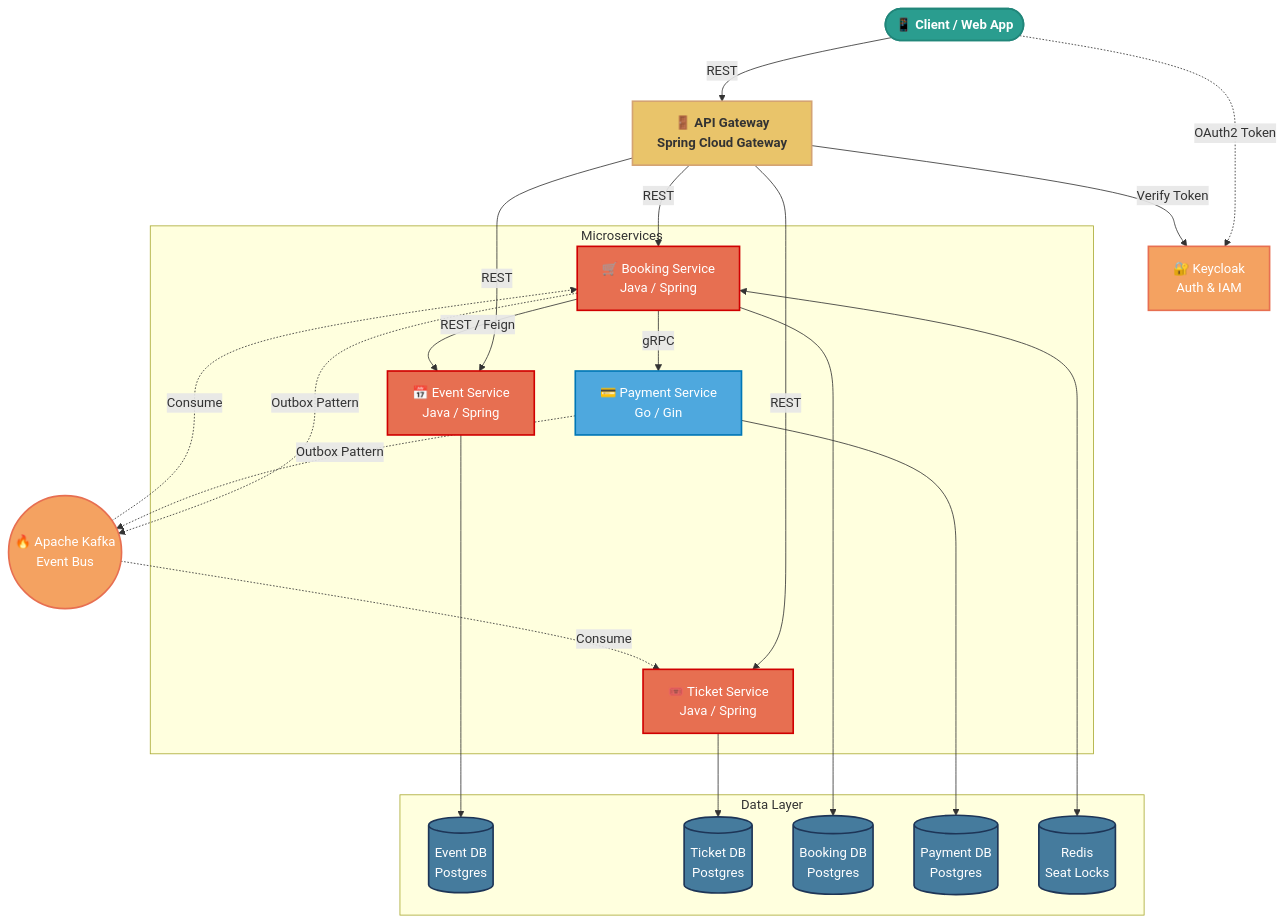
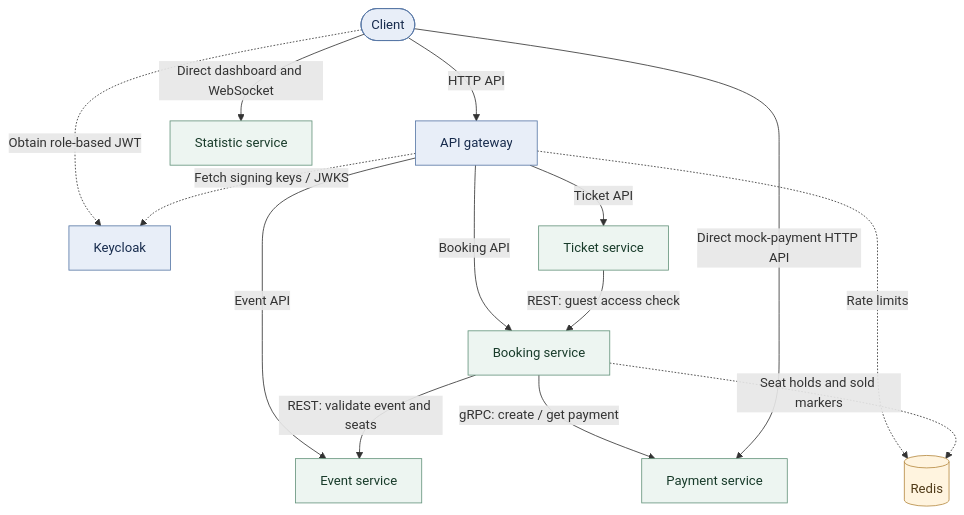
The first of 2 diagrams in docs/architecture.md (nurassul/tickethub-platform), drawn with Mermaid before and after one commit. The commit also changed other lines of this file and 2 other files, not shown here.

````diff
--- a/docs/architecture.md
+++ b/docs/architecture.md
@@ -5,57 +34,33 @@
 ```mermaid
-graph TD
-    %% Define Styles
-    classDef client fill:#2a9d8f,stroke:#21867a,stroke-width:2px,color:#fff,font-weight:bold
-    classDef gateway fill:#e9c46a,stroke:#d4a373,stroke-width:2px,color:#333,font-weight:bold
-    classDef javaService fill:#e76f51,stroke:#d00000,stroke-width:2px,color:#fff
-    classDef goService fill:#4ea8de,stroke:#0077b6,stroke-width:2px,color:#fff
-    classDef db fill:#457b9d,stroke:#1d3557,stroke-width:2px,color:#fff,shape:cylinder
-    classDef infra fill:#f4a261,stroke:#e76f51,stroke-width:2px,color:#fff
+flowchart TB
+    Client([Client])
+    Gateway[API gateway]
+    Identity[Keycloak]
+    Event[Event service]
+    Booking[Booking service]
+    Ticket[Ticket service]
+    Payment[Payment service]
+    Statistic[Statistic service]
+    Redis[(Redis)]
 
-    %% Nodes
-    Client([📱 Client / Web App]):::client
-    Gateway[🚪 API Gateway<br/>Spring Cloud Gateway]:::gateway
-    Keycloak[🔐 Keycloak<br/>Auth & IAM]:::infra
+    Client -->|HTTP API| Gateway
+    Client -.->|Obtain role-based JWT| Identity
+    Gateway -.->|Fetch signing keys / JWKS| Identity
+    Gateway -->|Event API| Event
+    Gateway -->|Booking API| Booking
+    Gateway -->|Ticket API| Ticket
+    Booking -->|REST: validate event and seats| Event
+    Booking -->|gRPC: create / get payment| Payment
+    Ticket -->|REST: guest access check| Booking
+    Gateway -.->|Rate limits| Redis
+    Booking -.->|Seat holds and sold markers| Redis
+    Client -->|Direct mock-payment HTTP API| Payment
+    Client -->|Direct dashboard and WebSocket| Statistic
 
-    subgraph Microservices
-        Event[📅 Event Service<br/>Java / Spring]:::javaService
-        Ticket[🎟️ Ticket Service<br/>Java / Spring]:::javaService
-        Booking[🛒 Booking Service<br/>Java / Spring]:::javaService
-        Payment[💳 Payment Service<br/>Go / Gin]:::goService
-    end
-
-    subgraph Data Layer
-        EventDB[(Event DB<br/>Postgres)]:::db
-        TicketDB[(Ticket DB<br/>Postgres)]:::db
-        BookingDB[(Booking DB<br/>Postgres)]:::db
-        PaymentDB[(Payment DB<br/>Postgres)]:::db
-        Redis[(Redis<br/>Seat Locks)]:::db
-    end
-
-    Kafka((🔥 Apache Kafka<br/>Event Bus)):::infra
-
-    %% Edges (Traffic)
-    Client -->|REST| Gateway
-    Client -.->|OAuth2 Token| Keycloak
-    Gateway -->|Verify Token| Keycloak
-
-    Gateway -->|REST| Event
-    Gateway -->|REST| Ticket
-    Gateway -->|REST| Booking
-
-    Booking -- gRPC --> Payment
-    Booking -->|REST / Feign| Event
-
-    %% Edges (Database)
-    Event --> EventDB
-    Ticket --> TicketDB
-    Booking --> BookingDB
-    Payment --> PaymentDB
-    Booking <--> Redis
-
-    %% Edges (Async Events)
-    Booking -.->|Outbox Pattern| Kafka
-    Payment -.->|Outbox Pattern| Kafka
-    Kafka -.->|Consume| Ticket
-    Kafka -.->|Consume| Booking
+    classDef entry fill:#e8eef8,stroke:#5877a6,color:#172b4d
+    classDef service fill:#edf5f1,stroke:#65947c,color:#183b2a
+    classDef store fill:#fff4df,stroke:#b68a40,color:#503b19
+    class Client,Gateway,Identity entry
+    class Event,Booking,Ticket,Payment,Statistic service
+    class Redis store
 ```
````
